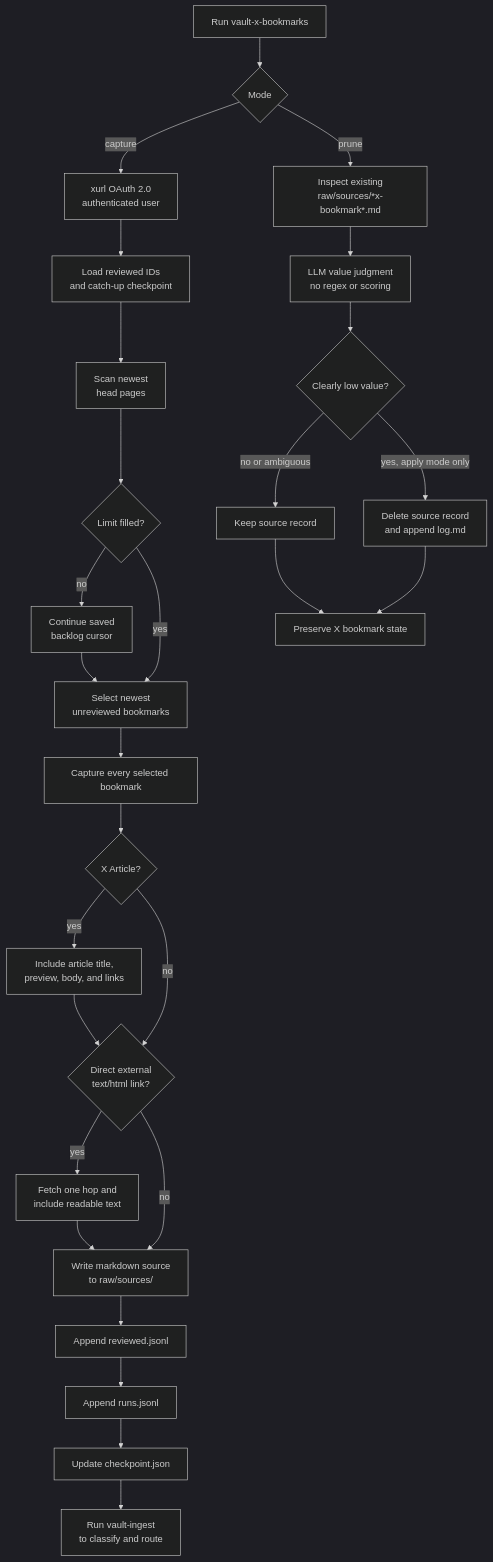
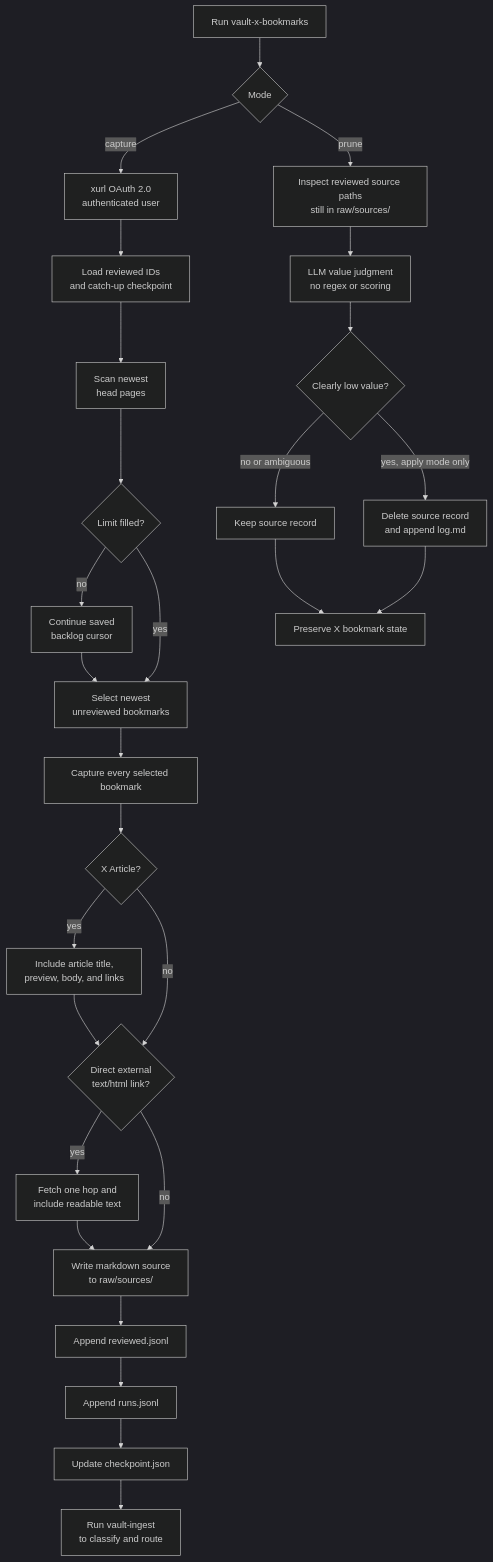
One commit to markphelps/agent-plugins changed the diagram in skills/vault-x-bookmarks/README.md. Above: the diagram before and after it, drawn with Mermaid (dark theme). The commit also changed other lines of this file and 9 other files, not shown here.

````diff
--- a/skills/vault-x-bookmarks/README.md
+++ b/skills/vault-x-bookmarks/README.md
@@ -19,34 +21,34 @@
 ```mermaid
 flowchart TD
   Start[Run vault-x-bookmarks] --> Mode{Mode}
 
   Mode -->|capture| Auth[xurl OAuth 2.0<br/>authenticated user]
   Auth --> State[Load reviewed IDs<br/>and catch-up checkpoint]
   State --> Head[Scan newest<br/>head pages]
   Head --> Backlog{Limit filled?}
   Backlog -->|no| CatchUp[Continue saved<br/>backlog cursor]
   Backlog -->|yes| Select
   CatchUp --> Select[Select newest<br/>unreviewed bookmarks]
 
   Select --> Capture[Capture every selected bookmark]
   Capture --> Article{X Article?}
   Article -->|yes| ArticleText[Include article title,<br/>preview, body, and links]
   Article -->|no| ExternalLink
   ArticleText --> ExternalLink{Direct external<br/>text/html link?}
   ExternalLink -->|yes| LinkedText[Fetch one hop and<br/>include readable text]
   ExternalLink -->|no| SourceRecord
   LinkedText --> SourceRecord[Write markdown source<br/>to raw/sources/]
 
   SourceRecord --> Reviewed[Append reviewed.jsonl]
   Reviewed --> Runs[Append runs.jsonl]
   Runs --> Checkpoint[Update checkpoint.json]
   Checkpoint --> Ingest[Run vault-ingest<br/>to classify and route]
 
-  Mode -->|prune| Existing[Inspect existing<br/>raw/sources/*x-bookmark*.md]
+  Mode -->|prune| Existing[Inspect reviewed source paths<br/>still in raw/sources/]
   Existing --> Judge[LLM value judgment<br/>no regex or scoring]
   Judge --> Decision{Clearly low value?}
   Decision -->|no or ambiguous| Keep[Keep source record]
   Decision -->|yes, apply mode only| Delete[Delete source record<br/>and append log.md]
   Keep --> PreserveState[Preserve X bookmark state]
   Delete --> PreserveState
 ```
````
